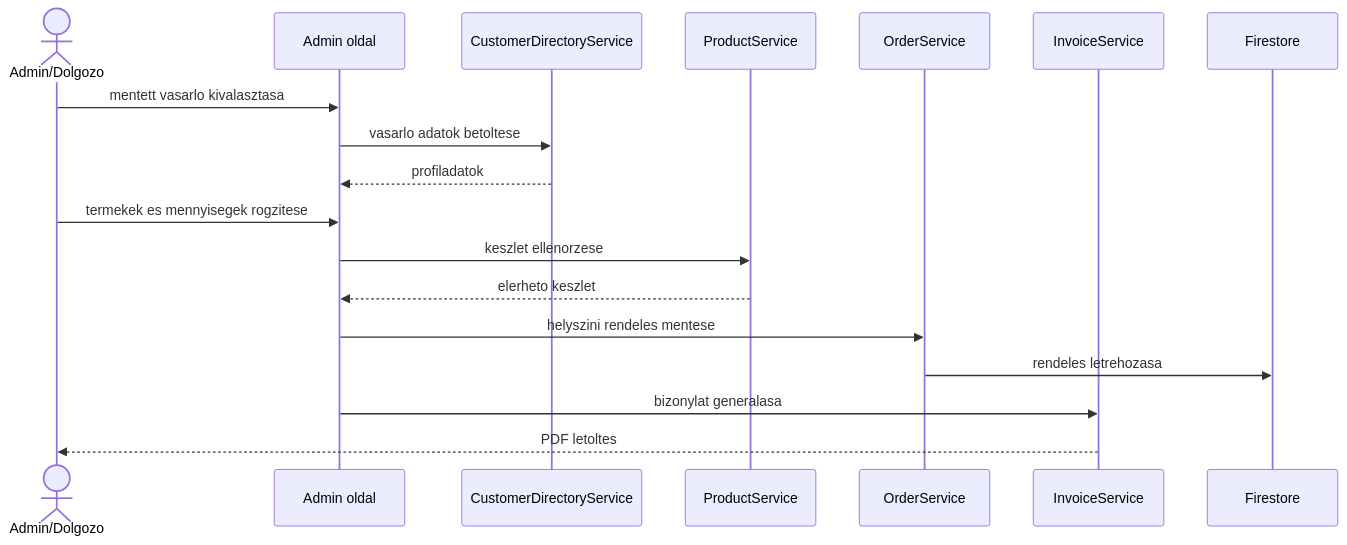
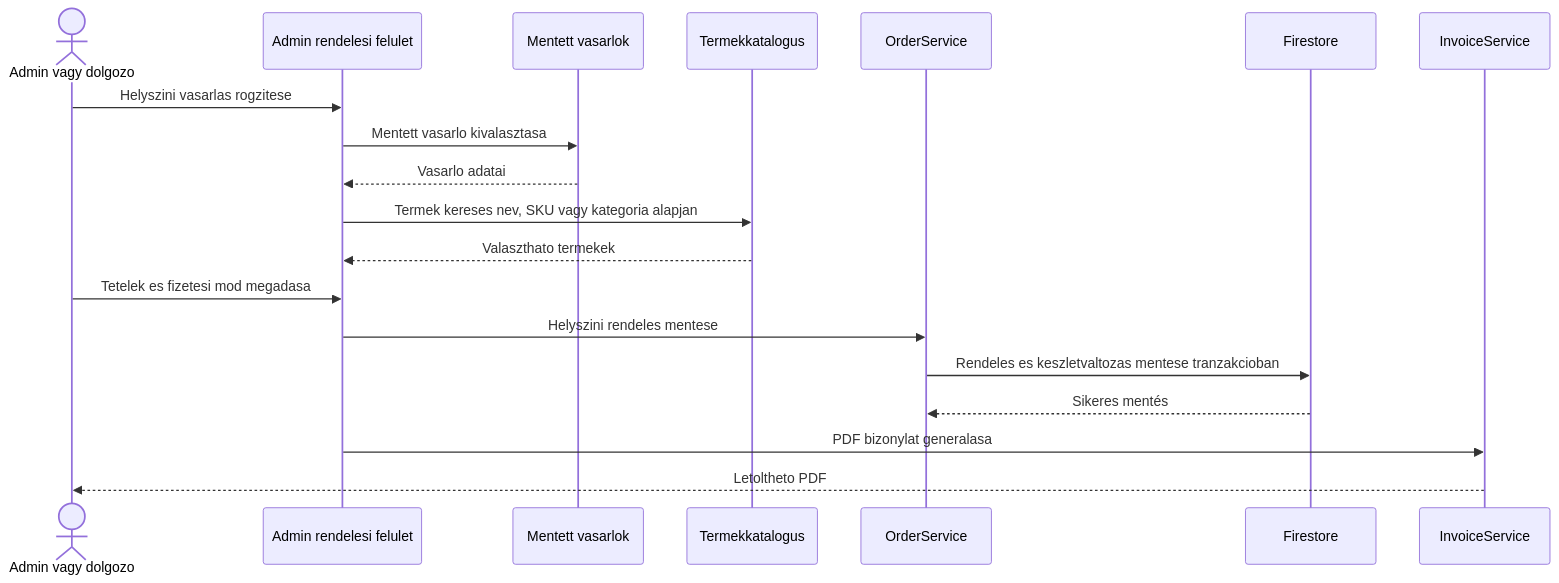
One commit to deadinsideDawe/TDLWebshop changed the sixth of 8 diagrams in docs/02_architecture/thesis_diagrams.md. Above: the diagram before and after it, drawn with Mermaid. The commit also changed other lines of this file and 19 other files, not shown here.

````diff
--- a/docs/02_architecture/thesis_diagrams.md
+++ b/docs/02_architecture/thesis_diagrams.md
@@ -103,21 +271,22 @@
 ```mermaid
 sequenceDiagram
-  actor Staff as Admin/Dolgozo
-  participant AdminUI as Admin oldal
-  participant Customer as CustomerDirectoryService
-  participant Product as ProductService
-  participant Order as OrderService
-  participant PDF as InvoiceService
-  participant DB as Firestore
+  actor Staff as Admin vagy dolgozo
+  participant AdminUI as Admin rendelesi felulet
+  participant Customers as Mentett vasarlok
+  participant Products as Termekkatalogus
+  participant OrderService as OrderService
+  participant Firestore as Firestore
+  participant Invoice as InvoiceService
 
-  Staff->>AdminUI: mentett vasarlo kivalasztasa
-  AdminUI->>Customer: vasarlo adatok betoltese
-  Customer-->>AdminUI: profiladatok
-  Staff->>AdminUI: termekek es mennyisegek rogzitese
-  AdminUI->>Product: keszlet ellenorzese
-  Product-->>AdminUI: elerheto keszlet
-  AdminUI->>Order: helyszini rendeles mentese
-  Order->>DB: rendeles letrehozasa
-  AdminUI->>PDF: bizonylat generalasa
-  PDF-->>Staff: PDF letoltes
+  Staff->>AdminUI: Helyszini vasarlas rogzitese
+  AdminUI->>Customers: Mentett vasarlo kivalasztasa
+  Customers-->>AdminUI: Vasarlo adatai
+  AdminUI->>Products: Termek kereses nev, SKU vagy kategoria alapjan
+  Products-->>AdminUI: Valaszthato termekek
+  Staff->>AdminUI: Tetelek es fizetesi mod megadasa
+  AdminUI->>OrderService: Helyszini rendeles mentese
+  OrderService->>Firestore: Rendeles es keszletvaltozas mentese tranzakcioban
+  Firestore-->>OrderService: Sikeres mentés
+  AdminUI->>Invoice: PDF bizonylat generalasa
+  Invoice-->>Staff: Letoltheto PDF
 ```
````
